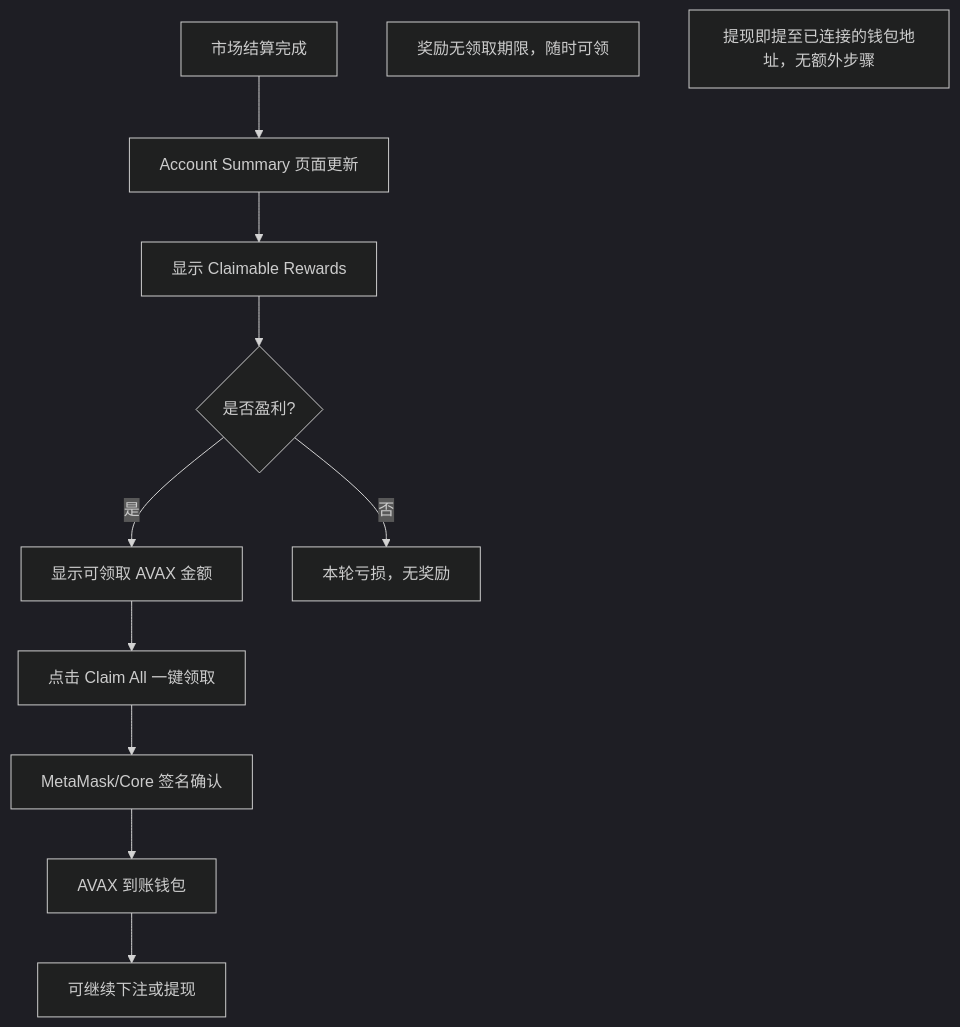
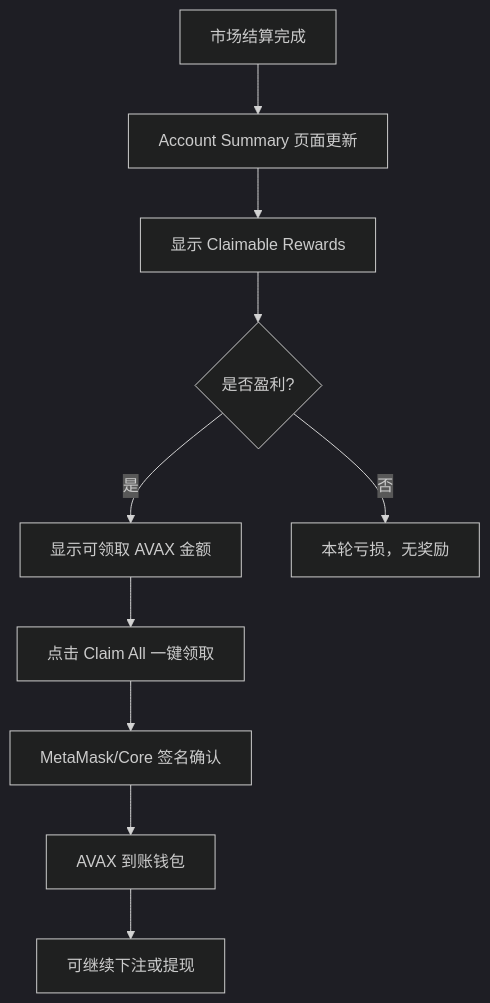
One commit to survivorff/polymarket_research changed the sixth of 14 diagrams in research/08_chance/analysis.md. Above: the diagram before and after it, drawn with Mermaid (dark theme). The commit also changed other lines of this file and 11 other files, not shown here.

First line of the commit message:
修复所有 Mermaid 语法错误，确保流程图可正常渲染

````diff
--- a/research/08_chance/analysis.md
+++ b/research/08_chance/analysis.md
@@ -143,14 +143,14 @@
 ```mermaid
 flowchart TD
     A[市场结算完成] --> B[Account Summary 页面更新]
     B --> C[显示 Claimable Rewards]
     C --> D{是否盈利?}
     D -->|是| E[显示可领取 AVAX 金额]
     D -->|否| F[本轮亏损，无奖励]
     E --> G[点击 Claim All 一键领取]
     G --> H[MetaMask/Core 签名确认]
     H --> I[AVAX 到账钱包]
     I --> J[可继续下注或提现]
-    note1[奖励无领取期限，随时可领]
-    note2[提现即提至已连接的钱包地址，无额外步骤]
+    %% 注: 奖励无领取期限，随时可领
+    %% 注: 提现即提至已连接的钱包地址，无额外步骤
 ```
````
